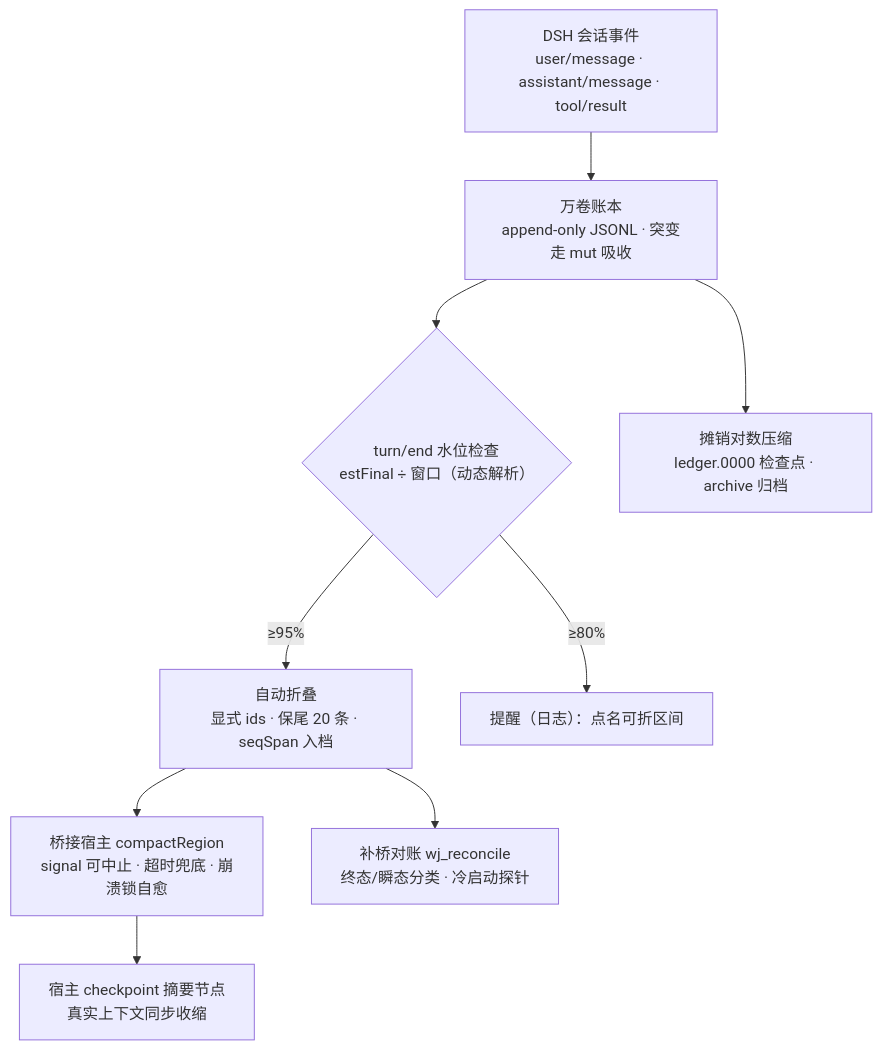
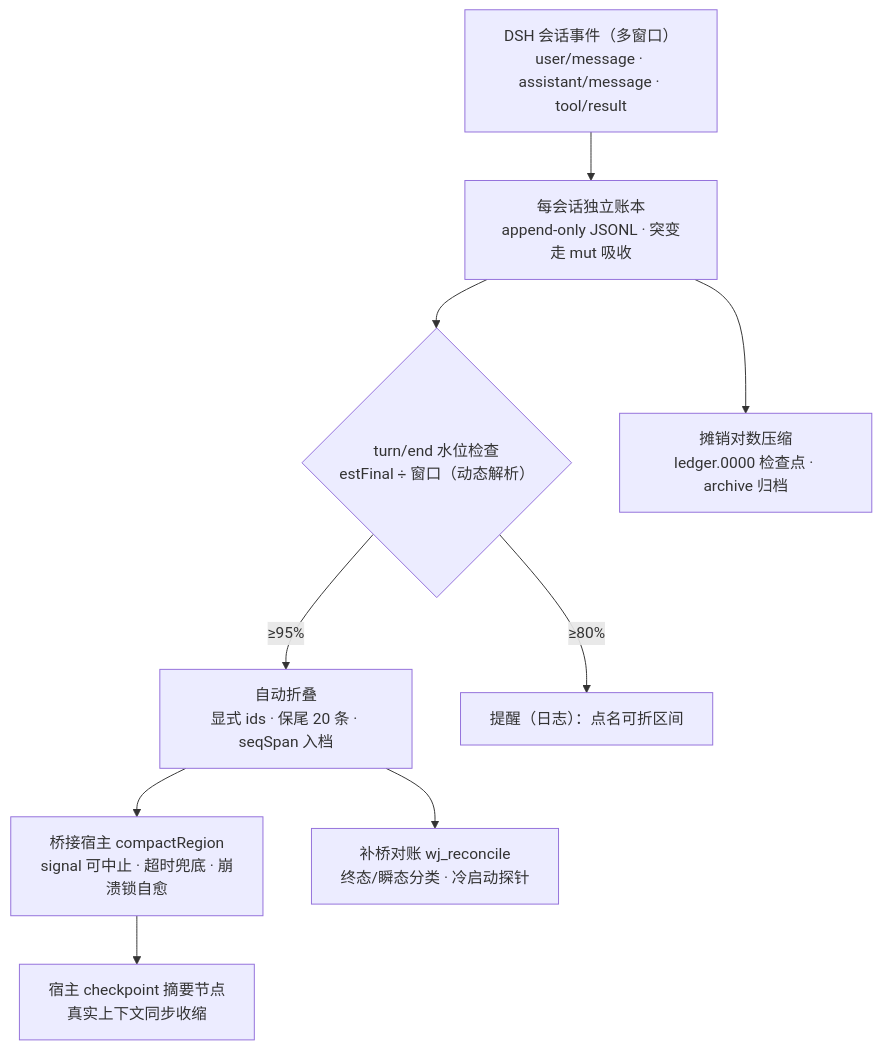
One commit to 05shizuku/wanjuan changed the diagram in README.md. Above: the diagram before and after it, drawn with Mermaid. The commit also changed other lines of this file, not shown here.

````diff
--- a/README.md
+++ b/README.md
@@ -11,11 +11,11 @@
 ```mermaid
 flowchart TB
-    A["DSH 会话事件<br/>user/message · assistant/message · tool/result"] --> B["万卷账本<br/>append-only JSONL · 突变走 mut 吸收"]
+    A["DSH 会话事件（多窗口）<br/>user/message · assistant/message · tool/result"] --> B["每会话独立账本<br/>append-only JSONL · 突变走 mut 吸收"]
     B --> C{"turn/end 水位检查<br/>estFinal ÷ 窗口（动态解析）"}
     C -- "≥95%" --> D["自动折叠<br/>显式 ids · 保尾 20 条 · seqSpan 入档"]
     C -- "≥80%" --> E["提醒（日志）：点名可折区间"]
     D --> F["桥接宿主 compactRegion<br/>signal 可中止 · 超时兜底 · 崩溃锁自愈"]
     F --> G["宿主 checkpoint 摘要节点<br/>真实上下文同步收缩"]
     D --> H["补桥对账 wj_reconcile<br/>终态/瞬态分类 · 冷启动探针"]
     B --> I["摊销对数压缩<br/>ledger.0000 检查点 · archive 归档"]
 ```
````
